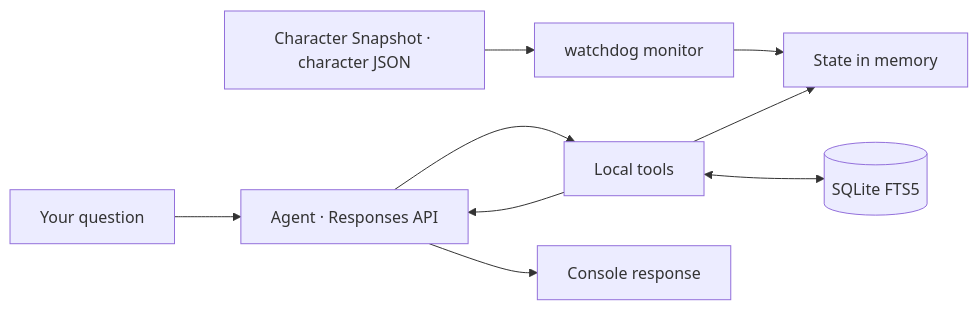
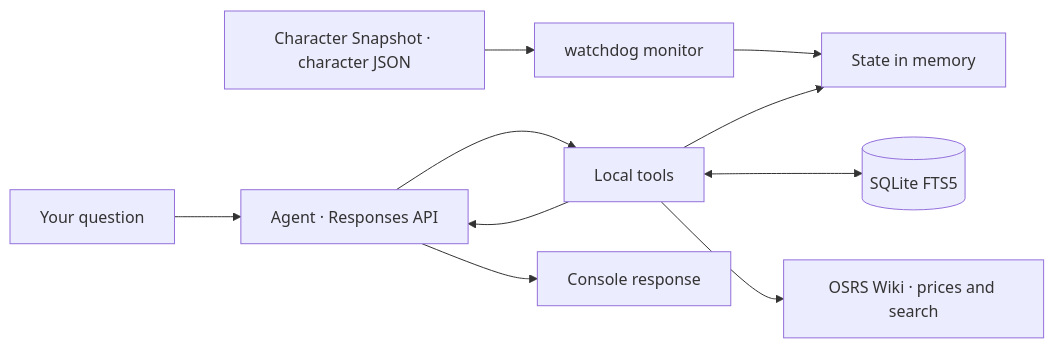
The diagram in README.en.md (mauricio-castano-dev/osrs-gpt-companion), drawn with Mermaid before and after one commit. The commit also changed other lines of this file and 11 other files, not shown here.

Commit message:
feat: add granular state queries and OSRS Wiki tools

````diff
--- a/README.en.md
+++ b/README.en.md
@@ -105,11 +109,12 @@
 ```mermaid
 flowchart LR
     R[Character Snapshot · character JSON] --> W[watchdog monitor]
     W --> C[State in memory]
     U[Your question] --> A[Agent · Responses API]
     A --> T[Local tools]
     T --> C
     T <--> M[(SQLite FTS5)]
+    T --> E[OSRS Wiki · prices and search]
     T --> A
     A --> F[Console response]
 ```
````
